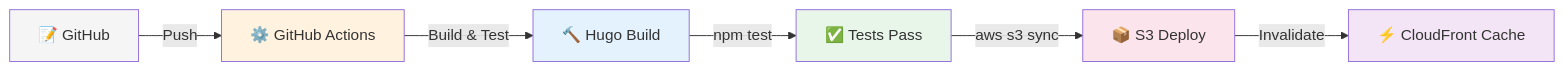
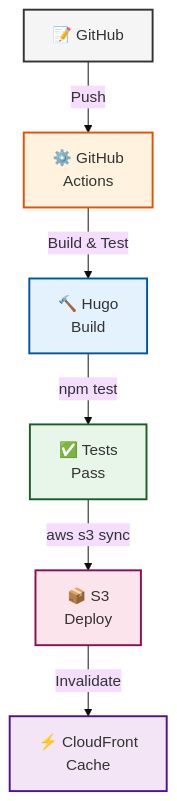
One commit to BryanChasko/hugoBryanChaskoWebsite changed the second of 2 diagrams in README.md. Above: the diagram before and after it, drawn with Mermaid. The commit also changed other lines of this file, not shown here.

Commit message:
font updates

````diff
--- a/README.md
+++ b/README.md
@@ -52,15 +53,16 @@
 ```mermaid
-graph LR
-    A["📝 GitHub"] -->|Push| B["⚙️ GitHub Actions"]
-    B -->|Build & Test| C["🔨 Hugo Build"]
-    C -->|npm test| D["✅ Tests Pass"]
-    D -->|aws s3 sync| E["📦 S3 Deploy"]
-    E -->|Invalidate| F["⚡ CloudFront Cache"]
+%%{init: {'flowchart': {'curve': 'linear'}, 'theme': 'base', 'themeVariables': {'fontSize': '16px', 'fontFamily': 'arial'}}}%%
+graph TB
+    A["📝 GitHub"] -->|Push| B["⚙️ GitHub<br/>Actions"]
+    B -->|Build & Test| C["🔨 Hugo<br/>Build"]
+    C -->|npm test| D["✅ Tests<br/>Pass"]
+    D -->|aws s3 sync| E["📦 S3<br/>Deploy"]
+    E -->|Invalidate| F["⚡ CloudFront<br/>Cache"]
     
-    style A fill:#f5f5f5
-    style B fill:#fff3e0
-    style C fill:#e3f2fd
-    style D fill:#e8f5e9
-    style E fill:#fce4ec
-    style F fill:#f3e5f5
+    style A fill:#f5f5f5,stroke:#333,stroke-width:2px
+    style B fill:#fff3e0,stroke:#e65100,stroke-width:2px
+    style C fill:#e3f2fd,stroke:#01579b,stroke-width:2px
+    style D fill:#e8f5e9,stroke:#1b5e20,stroke-width:2px
+    style E fill:#fce4ec,stroke:#880e4f,stroke-width:2px
+    style F fill:#f3e5f5,stroke:#4a148c,stroke-width:2px
 ```
````
